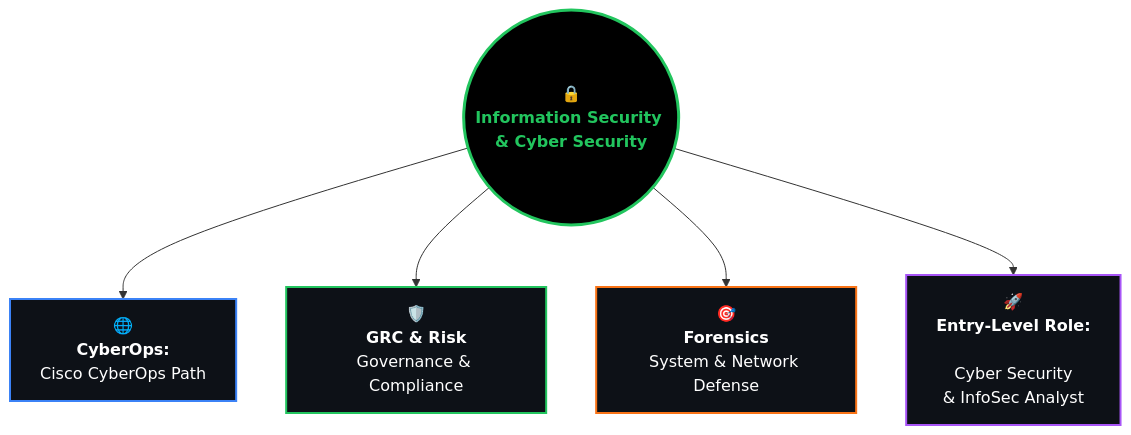
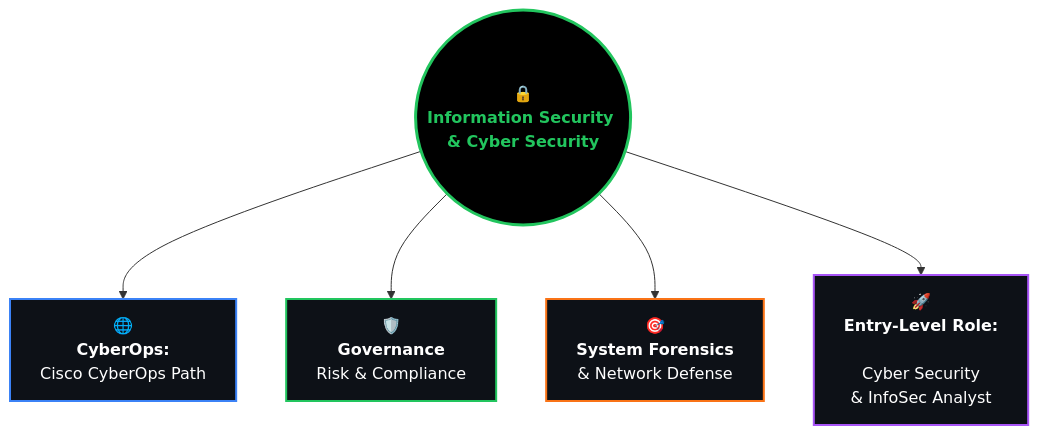
Before and after one commit to agomatsa/agomatsa: the diagram in README.md, drawn with Mermaid. The commit also changed other lines of this file, not shown here.

````diff
--- a/README.md
+++ b/README.md
@@ -39,14 +39,14 @@
 ```mermaid
 flowchart TD
     Z(("🔒<br/><b>Information Security & Cyber Security<br/</b>"))
     Z --> A["🌐<br/><b>CyberOps:</b><br/>Cisco CyberOps Path"]
-    Z --> B["🛡️<br/><b>GRC & Risk</b><br/>Governance & Compliance"]
-    Z --> C["🎯<br/><b>Forensics</b><br/>System & Network Defense"]
+    Z --> B["🛡️<br/><b>Governance </b><br/>Risk & Compliance"]
+    Z --> C["🎯<br/><b>System Forensics </b><br/> & Network Defense"]
     Z --> D["🚀<br/><b>Entry-Level Role: </b><br/><br>Cyber Security </br>& InfoSec Analyst"]
 
     style Z fill:#000000,stroke:#22c55e,stroke-width:3px,color:#22c55e
     style A fill:#0d1117,stroke:#3b82f6,stroke-width:2px,color:#fff
     style B fill:#0d1117,stroke:#22c55e,stroke-width:2px,color:#fff
     style C fill:#0d1117,stroke:#f97316,stroke-width:2px,color:#fff
     style D fill:#0d1117,stroke:#a855f7,stroke-width:2px,color:#fff
 ```
````
